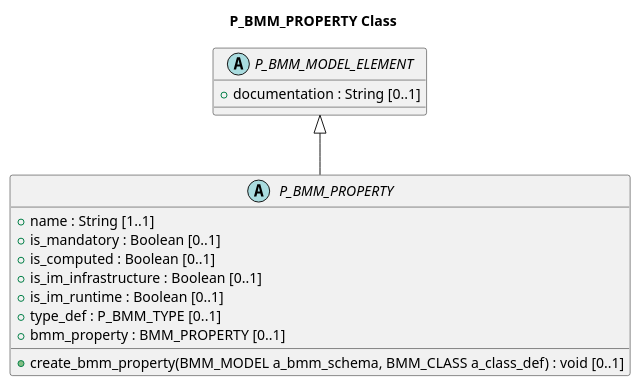
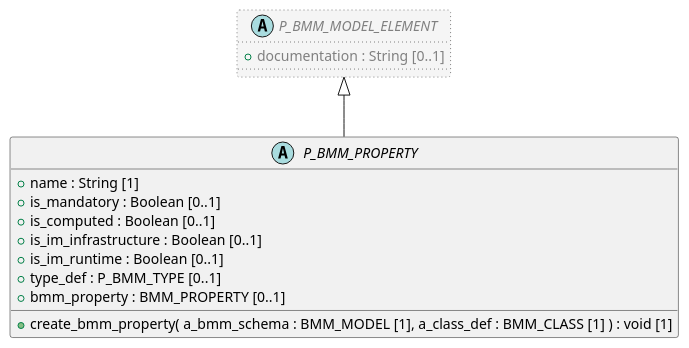
The diagram in code/PlantUML/openehr_lang_1.1.0/org/openehr/lang/bmm_persistence/P_BMM_PROPERTY.puml (sebastian-iancu/code-generator), drawn with PlantUML before and after one commit. The commit also changed 1618 other files, not shown here.

```diff
--- a/code/PlantUML/openehr_lang_1.1.0/org/openehr/lang/bmm_persistence/P_BMM_PROPERTY.puml
+++ b/code/PlantUML/openehr_lang_1.1.0/org/openehr/lang/bmm_persistence/P_BMM_PROPERTY.puml
@@ -1,23 +1,21 @@
 @startuml
-' PlantUML diagram for org.openehr.lang.bmm_persistence.P_BMM_PROPERTY
-title P_BMM_PROPERTY Class
 
 abstract class P_BMM_PROPERTY {
-  + name : String [1..1]
+  + name : String [1]
   + is_mandatory : Boolean [0..1]
   + is_computed : Boolean [0..1]
   + is_im_infrastructure : Boolean [0..1]
   + is_im_runtime : Boolean [0..1]
   + type_def : P_BMM_TYPE [0..1]
   + bmm_property : BMM_PROPERTY [0..1]
-  + create_bmm_property(BMM_MODEL a_bmm_schema, BMM_CLASS a_class_def) : void [0..1]
+  + create_bmm_property( a_bmm_schema : BMM_MODEL [1], a_class_def : BMM_CLASS [1] ) : void [1]
 }
 
-abstract class P_BMM_MODEL_ELEMENT {
+abstract class P_BMM_MODEL_ELEMENT  #whitesmoke;line:gray;line.dotted;text:gray {
   + documentation : String [0..1]
 }
 
 P_BMM_MODEL_ELEMENT <|-- P_BMM_PROPERTY
 
 
 @enduml
```
